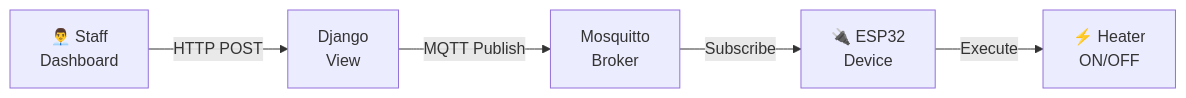
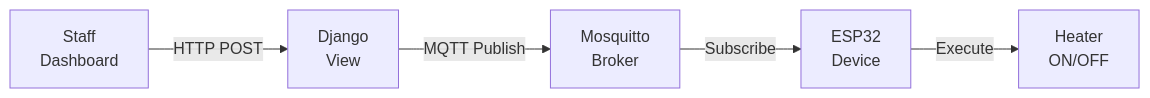
The third of 3 diagrams in cloud/README.md (omarmx9/smart-hotel), drawn with Mermaid before and after one commit. The commit also changed other lines of this file and 3 other files, not shown here.

Commit message:
docs: Update Mermaid diagrams for consistency and clarity in documentation

````diff
--- a/cloud/README.md
+++ b/cloud/README.md
@@ -99,7 +99,7 @@
 ```mermaid
 flowchart LR
-    A["👨‍💼 Staff<br/>Dashboard"] -->|HTTP POST| B["Django<br/>View"]
+    A["Staff<br/>Dashboard"] -->|HTTP POST| B["Django<br/>View"]
     B -->|MQTT Publish| C["Mosquitto<br/>Broker"]
-    C -->|Subscribe| D["🔌 ESP32<br/>Device"]
-    D -->|Execute| E["⚡ Heater<br/>ON/OFF"]
+    C -->|Subscribe| D["ESP32<br/>Device"]
+    D -->|Execute| E["Heater<br/>ON/OFF"]
 ```
````
